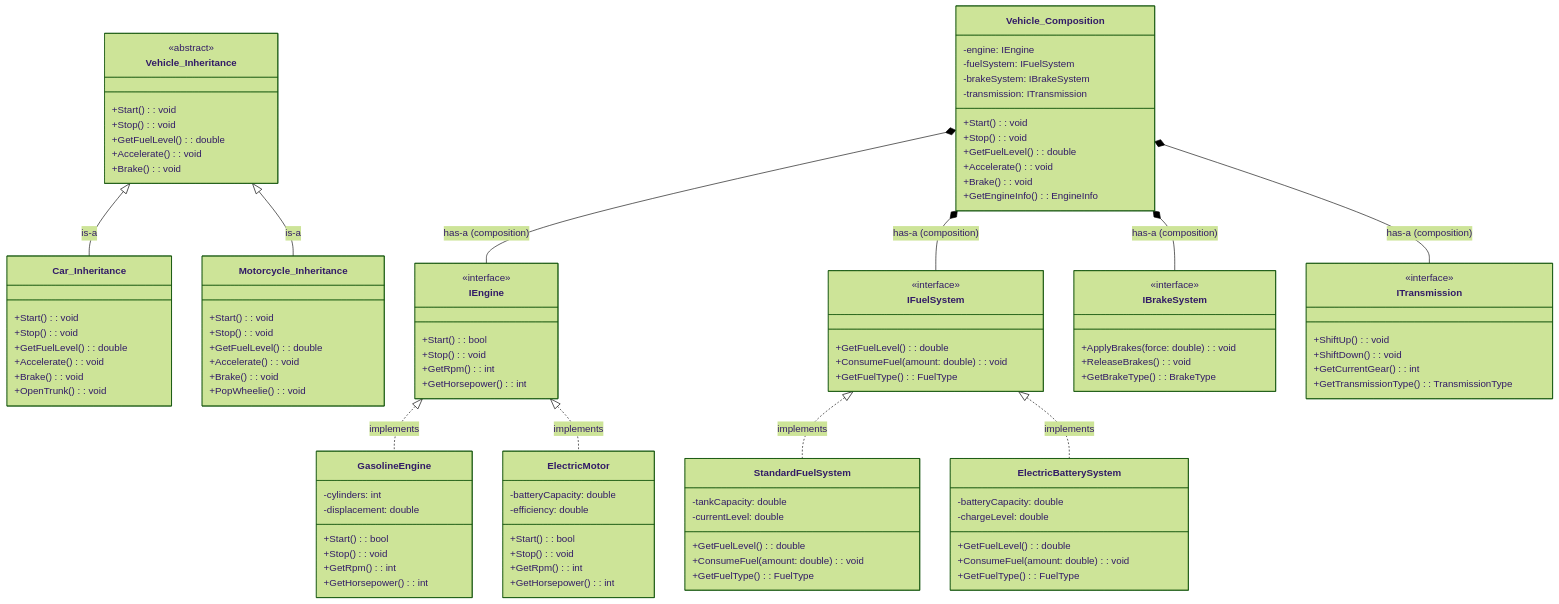
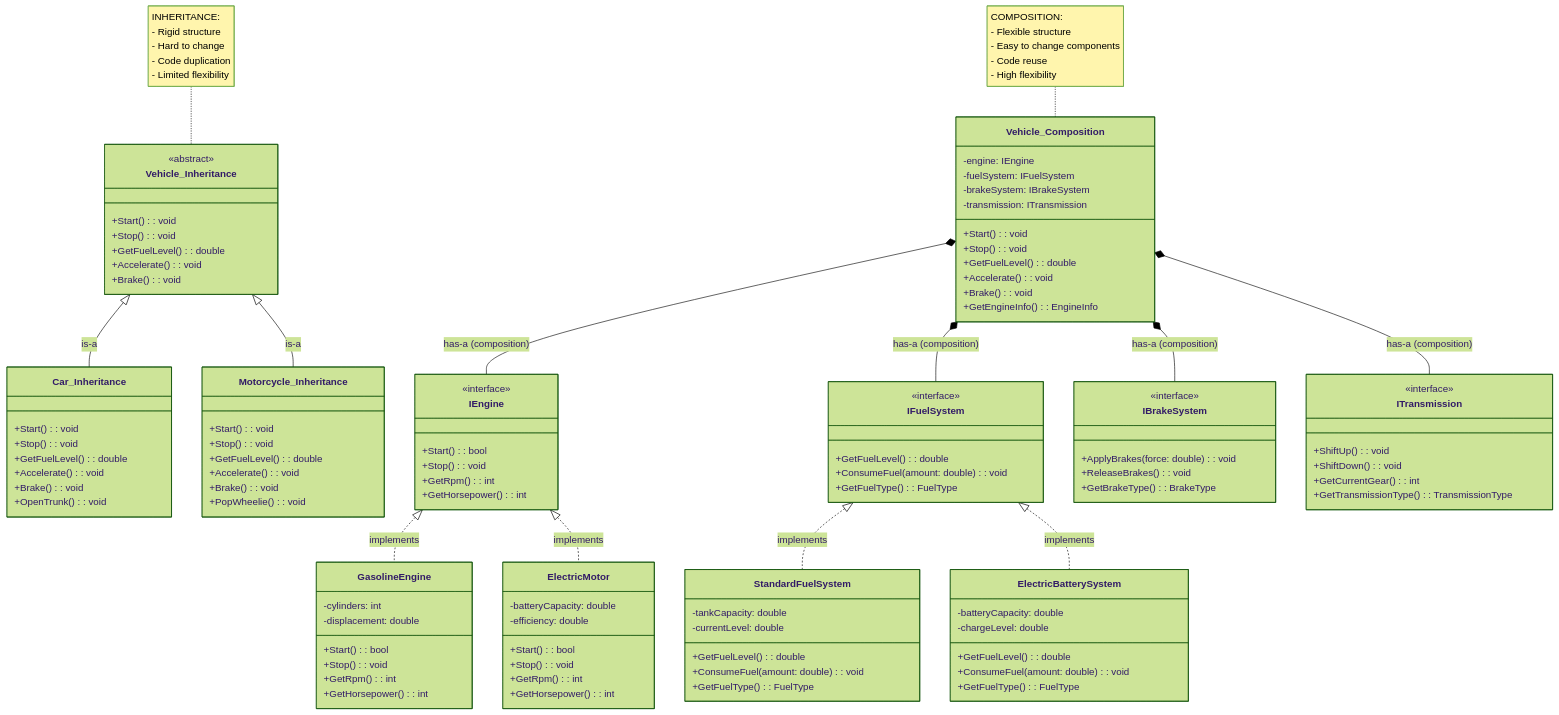
The diagram in docs/03-oop-principles/06-composition.md (danangsw/csharp-solid-principles), drawn with Mermaid (forest theme) before and after one commit. The commit also changed other lines of this file and 2 other files, not shown here.

Commit message:
Modified OOP documentation

````diff
--- a/docs/03-oop-principles/06-composition.md
+++ b/docs/03-oop-principles/06-composition.md
@@ -145,4 +145,8 @@
     IEngine <|.. ElectricMotor : implements
     IFuelSystem <|.. StandardFuelSystem : implements
     IFuelSystem <|.. ElectricBatterySystem : implements
+
+    note for Vehicle_Inheritance "INHERITANCE:<br/>- Rigid structure<br/>- Hard to change<br/>- Code duplication<br/>- Limited flexibility"
+    
+    note for Vehicle_Composition "COMPOSITION:<br/>- Flexible structure<br/>- Easy to change components<br/>- Code reuse<br/>- High flexibility"
 ```
````
